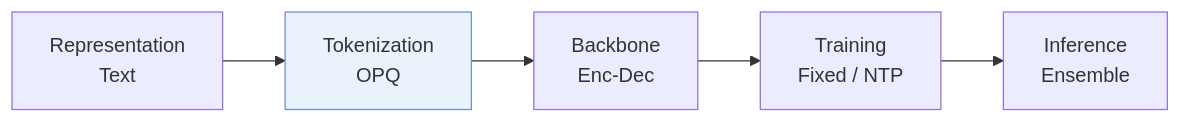
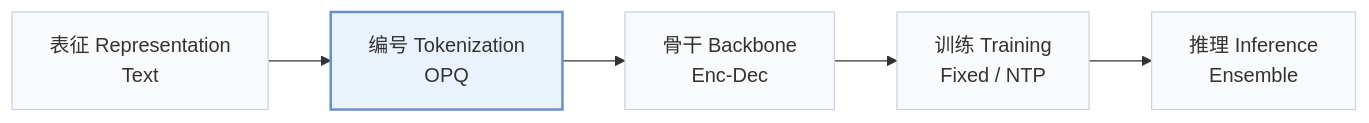
The first of 3 diagrams in pages/zh/papers/actionpiece.md (Galaxy-ghost/Awesome-SID-Generative-Rec), drawn with Mermaid before and after one commit. The commit also changed other lines of this file and 649 other files, not shown here.

Commit message:
writer-05: also tags and modality index (schema, check, build, visuals); summary field removed; calibration data for 12 papers

````diff
--- a/pages/zh/papers/actionpiece.md
+++ b/pages/zh/papers/actionpiece.md
@@ -13,6 +15,8 @@
 ```mermaid
 flowchart LR
-    R["Representation<br/>Text"] --> T["Tokenization<br/>OPQ"] --> B["Backbone<br/>Enc-Dec"] --> TR["Training<br/>Fixed / NTP"] --> I["Inference<br/>Ensemble"]
-    classDef main fill:#eaf2fb,stroke:#6b8fc7
+    R["表征 Representation<br/>Text"] --> T["编号 Tokenization<br/>OPQ"] --> B["骨干 Backbone<br/>Enc-Dec"] --> TR["训练 Training<br/>Fixed / NTP"] --> I["推理 Inference<br/>Ensemble"]
+    classDef base fill:#f8fafc,stroke:#cbd5e1
+    class R,T,B,TR,I base
+    classDef main fill:#eaf2fb,stroke:#6b8fc7,stroke-width:2px
     class T main
 ```
````
